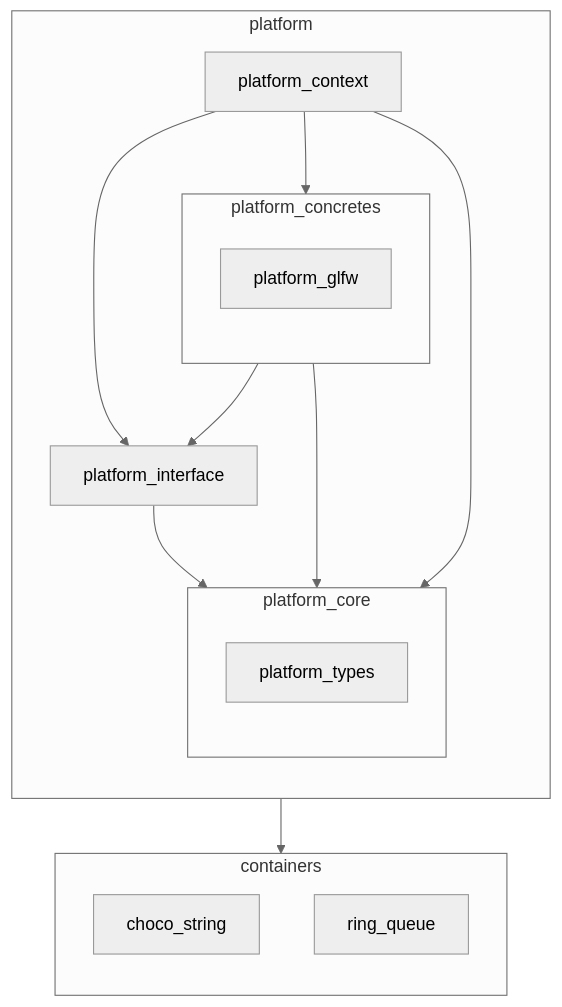
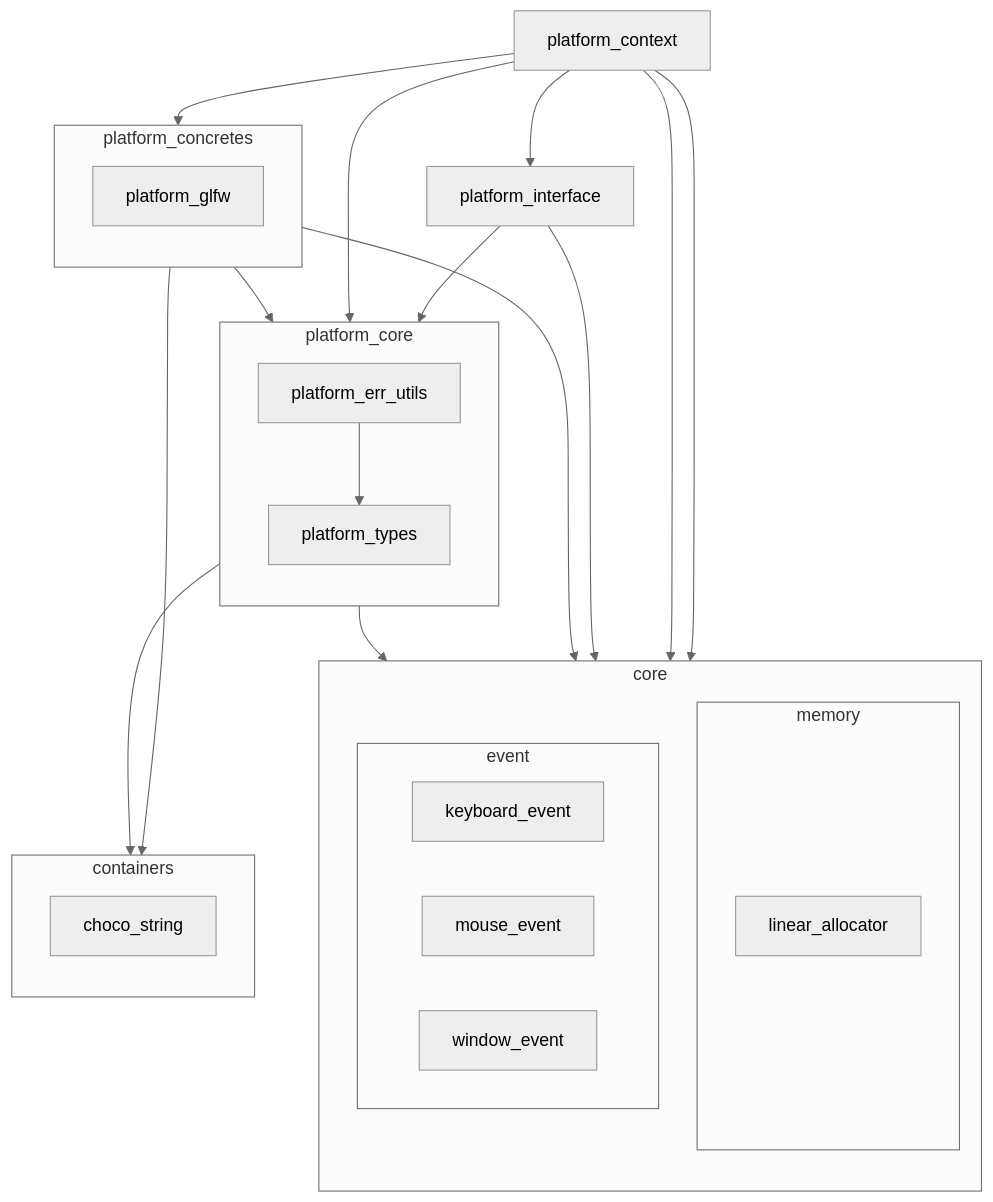
One commit to chocolate-pie24/gl_choco_engine changed the third of 4 diagrams in docs/layer.md. Above: the diagram before and after it, drawn with Mermaid (neutral theme).

Commit message:
docs: Platformシステムレイヤー構成更新

````diff
--- a/docs/layer.md
+++ b/docs/layer.md
@@ -158,29 +158,53 @@
 ```mermaid
 graph TD
+  subgraph CORE[core]
+    direction TB
+    subgraph MEMORY[memory]
+      LINEAR_ALLOCATOR[linear_allocator]
+    end
+
+    subgraph EVENT[event]
+      KEYBOARD_EVENT[keyboard_event]
+      MOUSE_EVENT[mouse_event]
+      WINDOW_EVENT[window_event]
+    end
+
+  end
+
   subgraph CONTAINERS[containers]
     direction TB
     CHOCO_STRING[choco_string]
-    RING_QUEUE[ring_queue]
   end
 
-  subgraph PLATFORM[platform]
-    PLATFORM_CONTEXT[platform_context]
-    PLATFORM_INTERFACE[platform_interface]
+  subgraph PLATFORM_CORE[platform_core]
     direction TB
-    subgraph PLATFORM_CORE[platform_core]
-      direction TB
-      PLATFORM_TYPES[platform_types]
-    end
-    subgraph PLATFORM_CONCRETES[platform_concretes]
-      direction TB
-      PLATFORM_GLFW[platform_glfw]
-    end
+    PLATFORM_ERR_UTILS[platform_err_utils]
+    PLATFORM_TYPES[platform_types]
   end
+  PLATFORM_ERR_UTILS --> PLATFORM_TYPES
+
+  PLATFORM_INTERFACE[platform_interface]
+
+  subgraph PLATFORM_CONCRETES[platform_concretes]
+    direction TB
+    PLATFORM_GLFW[platform_glfw]
+  end
+
+  PLATFORM_CONTEXT[platform_context]
+
+  PLATFORM_CONTEXT --> LINEAR_ALLOCATOR
+  PLATFORM_CONTEXT --> PLATFORM_CORE
+  PLATFORM_CONTEXT --> PLATFORM_GLFW
+  PLATFORM_CONTEXT --> PLATFORM_INTERFACE
+  PLATFORM_CONTEXT --> EVENT
+
+  PLATFORM_GLFW --> PLATFORM_CORE
+  PLATFORM_GLFW --> EVENT
+  PLATFORM_GLFW --> CHOCO_STRING
+
   PLATFORM_INTERFACE --> PLATFORM_TYPES
-  PLATFORM_GLFW --> PLATFORM_INTERFACE
-  PLATFORM_GLFW --> CHOCO_STRING
-  PLATFORM_GLFW --> PLATFORM_TYPES
-  PLATFORM_CONTEXT --> PLATFORM_INTERFACE
-  PLATFORM_CONTEXT --> PLATFORM_GLFW
-  PLATFORM_CONTEXT --> PLATFORM_TYPES
+  PLATFORM_INTERFACE --> EVENT
+
+  PLATFORM_ERR_UTILS --> LINEAR_ALLOCATOR
+  PLATFORM_ERR_UTILS --> CHOCO_STRING
 ```
````
